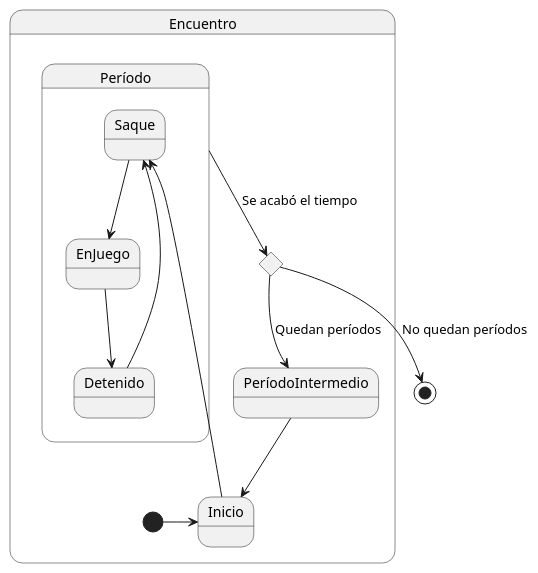
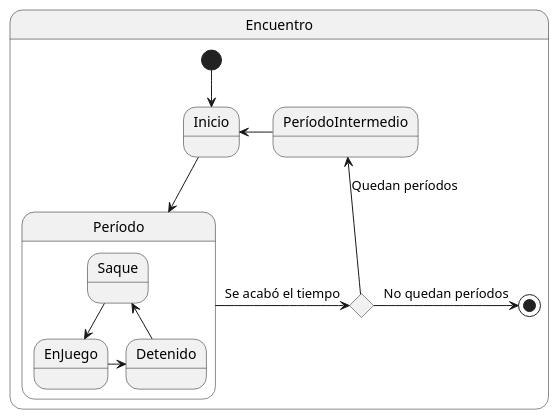
One commit to mmasias/IdSw1-22-23 changed the diagram in actividades/001-futbol/ibuprofenoFernandez/diagramaDeEstados.puml. Above: the diagram before and after it, drawn with PlantUML.

```diff
--- a/actividades/001-futbol/ibuprofenoFernandez/diagramaDeEstados.puml
+++ b/actividades/001-futbol/ibuprofenoFernandez/diagramaDeEstados.puml
@@ -1,22 +1,26 @@
 @startuml
+
 State Encuentro {
-  [*] -> Inicio
+  [*] -d-> Inicio
+
   State reloj <<choice>>
   State Inicio
   State PeríodoIntermedio
 
   State Período {
-    Saque --> EnJuego
-    EnJuego --> Detenido
-    Detenido --> Saque  
+    Saque -d-> EnJuego
+    EnJuego -r-> Detenido
+    Detenido -u-> Saque  
   }
 
-  Inicio --> Saque
+Inicio -d-> Período
+
+Período-r-> reloj : Se acabó el tiempo
+reloj -u-> PeríodoIntermedio : Quedan períodos
+reloj -r-> [*] : No quedan períodos
+
+PeríodoIntermedio -l-> Inicio
+  
 }
 
-Período--> reloj : Se acabó el tiempo
-reloj --> PeríodoIntermedio : Quedan períodos
-reloj --> [*] : No quedan períodos
-
-PeríodoIntermedio --> Inicio
 @enduml
```
